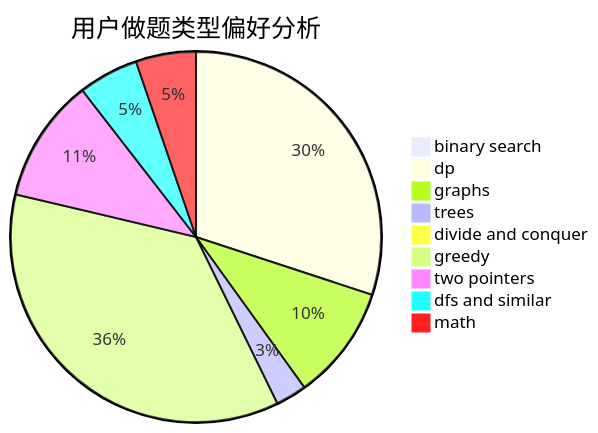
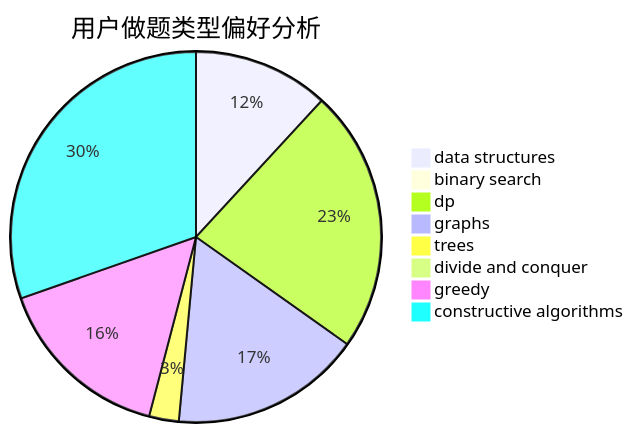
The second of 3 diagrams in docs/user/u2701.md (sherpahu/cfrs.github.io), drawn with Mermaid before and after one commit. The commit also changed other lines of this file and 2775 other files, not shown here.

````diff
--- a/docs/user/u2701.md
+++ b/docs/user/u2701.md
@@ -23,12 +23,11 @@
 ```mermaid
 pie title 用户做题类型偏好分析
+    "data structures" :  32
     "binary search" :  0
-    "dp" :  189
-    "graphs" :  63
-    "trees" :  17
-    "divide and conquer" :  3
-    "greedy" :  226
-    "two pointers" :  68
-    "dfs and similar" :  33
-    "math" :  33
+    "dp" :  62
+    "graphs" :  45
+    "trees" :  7
+    "divide and conquer" :  0
+    "greedy" :  42
+    "constructive algorithms" :  82
 ```
````
